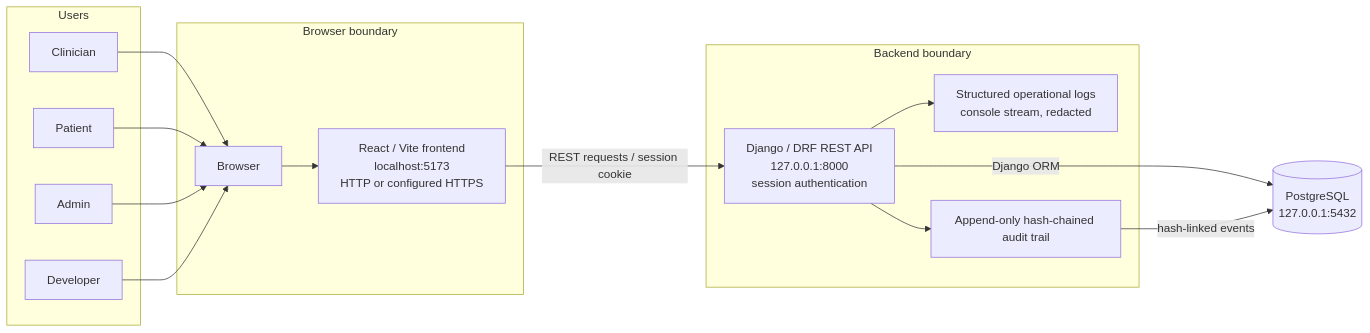
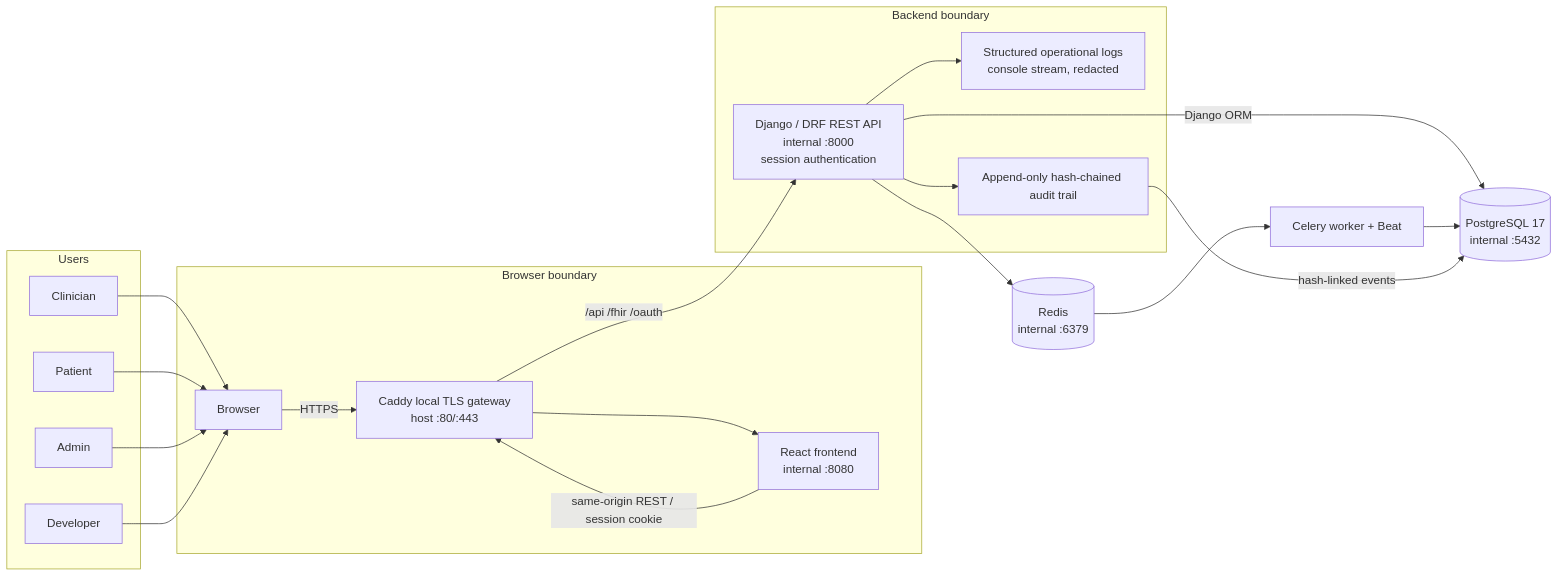
One commit to mauricechesteraguda/ehr changed the first of 3 diagrams in README.md. Above: the diagram before and after it, drawn with Mermaid. The commit also changed other lines of this file and 4 other files, not shown here.

````diff
--- a/README.md
+++ b/README.md
@@ -63,33 +106,41 @@
 ```mermaid
 flowchart LR
     subgraph Actors[Users]
         Clinician[Clinician]
          Patient[Patient]
          Admin[Admin]
          Developer[Developer]
     end
 
     subgraph Frontend[Browser boundary]
         Browser[Browser]
-        Vite[React / Vite frontend<br/>localhost:5173<br/>HTTP or configured HTTPS]
+        Vite[React frontend<br/>internal :8080]
+        Caddy[Caddy local TLS gateway<br/>host :80/:443]
     end
 
     subgraph Backend[Backend boundary]
-        API[Django / DRF REST API<br/>127.0.0.1:8000<br/>session authentication]
+        API[Django / DRF REST API<br/>internal :8000<br/>session authentication]
         Logs[Structured operational logs<br/>console stream, redacted]
         Audit[Append-only hash-chained audit trail]
     end
 
-    DB[(PostgreSQL<br/>127.0.0.1:5432)]
+    DB[(PostgreSQL 17<br/>internal :5432)]
+    Queue[(Redis<br/>internal :6379)]
+    Worker[Celery worker + Beat]
 
     Clinician --> Browser
     Patient --> Browser
      Admin --> Browser
      Developer --> Browser
-    Browser --> Vite
-    Vite -->|REST requests / session cookie| API
+    Browser -->|HTTPS| Caddy
+    Caddy --> Vite
+    Caddy -->|/api /fhir /oauth| API
+    Vite -->|same-origin REST / session cookie| Caddy
     API -->|Django ORM| DB
+    API --> Queue
+    Queue --> Worker
+    Worker --> DB
     API --> Logs
     API --> Audit
     Audit -->|hash-linked events| DB
 ```
````
